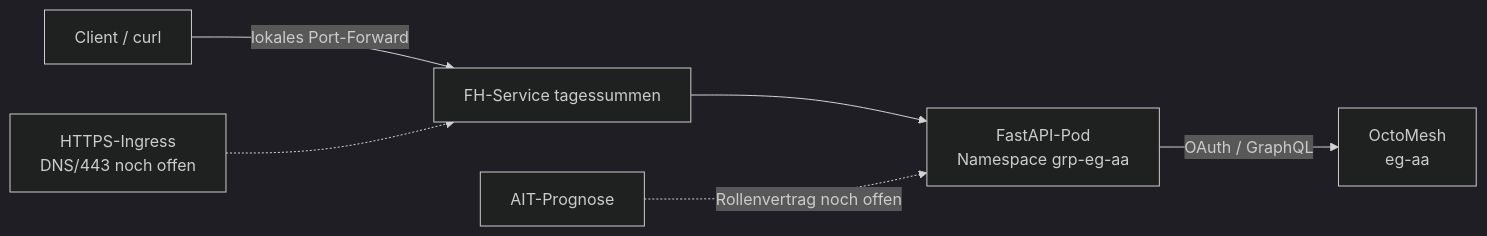
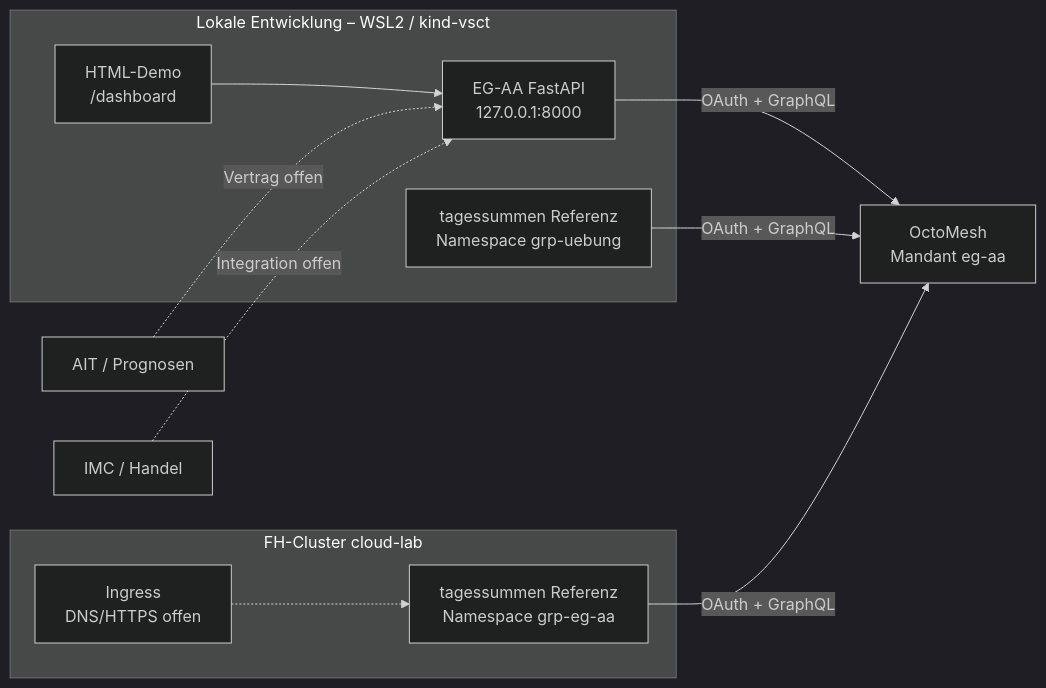
Before and after one commit to akhlas2/eg-aa: the diagram in VSYS_Team_AA_Projektuebersicht.md, drawn with Mermaid (dark theme). The commit also changed other lines of this file and 8 other files, not shown here.

````diff
--- a/VSYS_Team_AA_Projektuebersicht.md
+++ b/VSYS_Team_AA_Projektuebersicht.md
@@ -20,8 +24,20 @@
 ```mermaid
 flowchart LR
-    CLIENT[Client / curl] -->|lokales Port-Forward| FS[FH-Service tagessummen]
-    FS --> BE[FastAPI-Pod\nNamespace grp-eg-aa]
-    BE -->|OAuth / GraphQL| OCTO[OctoMesh\neg-aa]
-    AIT[AIT-Prognose] -.->|Rollenvertrag noch offen| BE
-    WEB[HTTPS-Ingress\nDNS/443 noch offen] -.-> FS
+    subgraph Lokal[Lokale Entwicklung – WSL2 / kind-vsct]
+      D[EG-AA FastAPI\n127.0.0.1:8000]
+      U[HTML-Demo\n/dashboard]
+      K[tagessummen Referenz\nNamespace grp-uebung]
+      U --> D
+    end
+    subgraph FH[FH-Cluster cloud-lab]
+      I[Ingress\nDNS/HTTPS offen]
+      S[tagessummen Referenz\nNamespace grp-eg-aa]
+      I -.-> S
+    end
+    O[OctoMesh\nMandant eg-aa]
+    D -->|OAuth + GraphQL| O
+    K -->|OAuth + GraphQL| O
+    S -->|OAuth + GraphQL| O
+    A[AIT / Prognosen] -.->|Vertrag offen| D
+    M[IMC / Handel] -.->|Integration offen| D
 ```
````
